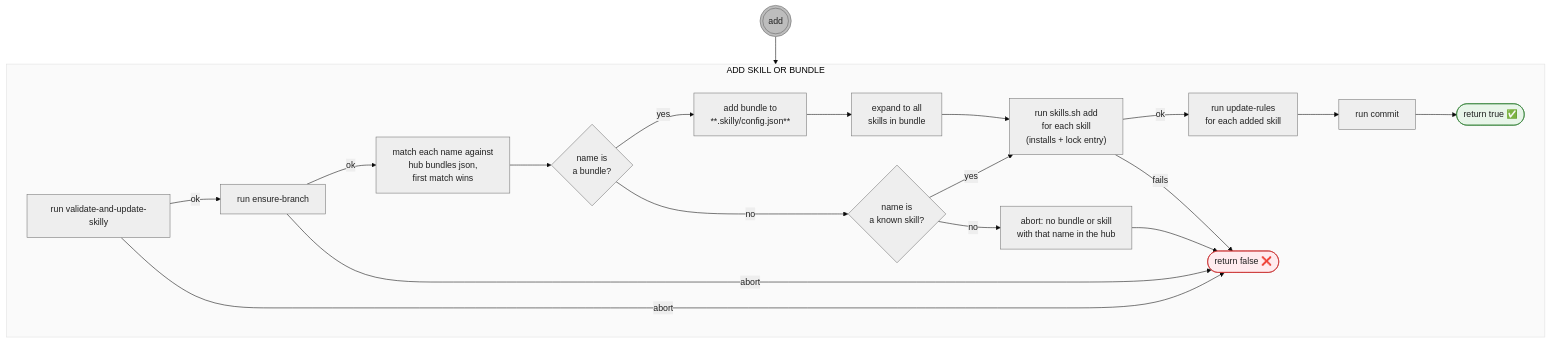
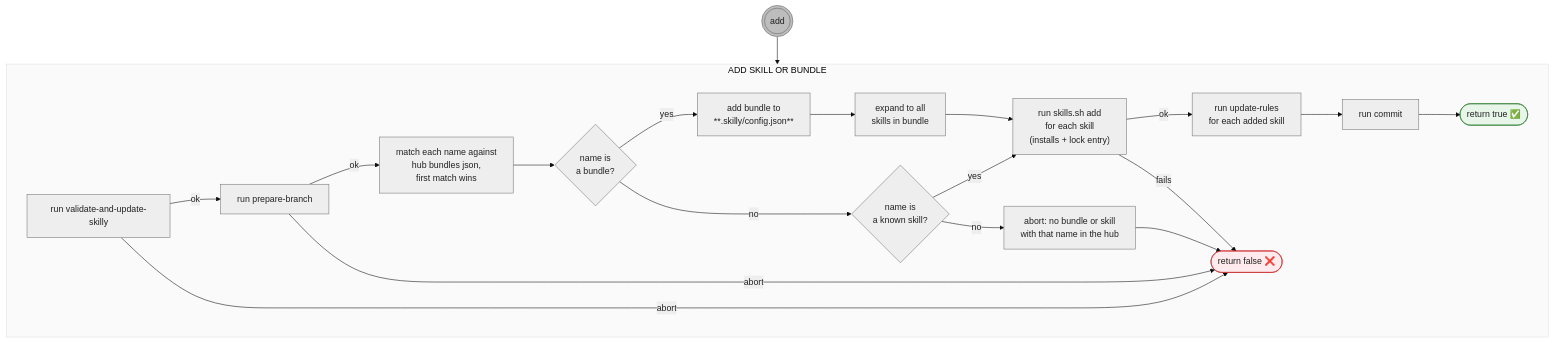
The diagram in docs/add.mmd (timschoch/skilly), drawn with Mermaid before and after one commit. The commit also changed 13 other files, not shown here.

First line of the commit message:
fix(prepare-branch): stop skilly before it commits on a branch the push will refuse (#144)

```diff
--- a/docs/add.mmd
+++ b/docs/add.mmd
@@ -1,54 +1,54 @@
 ---
 config:
   theme: base
   themeVariables:
     primaryColor: "#eeeeee"
     primaryBorderColor: "#757575"
     primaryTextColor: "#212121"
     clusterBkg: "#fafafa"
     clusterBorder: "#e0e0e0"
 ---
 flowchart TD
     %% shapes: ((( ))) entry point · [/ \] user action (blue) · [ ] script action (gray) · { } decision (amber) · ([ ]) state (green)
 
     ENTER-ADD((("add"))) --> ADD
     subgraph ADD["ADD SKILL OR BUNDLE"]
         ADD-GUARD["run validate-and-update-skilly"]
             ADD-GUARD -->|ok| ADD-EB
             ADD-GUARD -->|abort| ADD-FALSE
 
-        ADD-EB["run ensure-branch"]
+        ADD-EB["run prepare-branch"]
             ADD-EB -->|ok| ADD-MATCH
             ADD-EB -->|abort| ADD-FALSE
 
         ADD-MATCH["match each name against<br>hub bundles json,<br>first match wins"] --> ADDQ2
 
             ADDQ2{"name is<br>a bundle?"}
                 ADDQ2 -->|yes| ADD-BUNDLE["add bundle to<br>**.skilly/config.json**"]
                     ADD-BUNDLE --> ADD-EXPAND["expand to all<br>skills in bundle"] --> ADD-INSTALL
                 ADDQ2 -->|no| ADDQ3
 
             ADDQ3{"name is<br>a known skill?"}
                 ADDQ3 -->|yes| ADD-INSTALL
                 ADDQ3 -->|no| ADD-ABORT-UNKNOWN
 
         ADD-INSTALL["run skills.sh add<br>for each skill<br>(installs + lock entry)"]
             ADD-INSTALL -->|ok| ADD-RULES["run update-rules<br>for each added skill"] --> ADD-COMMIT["run commit"] --> ADD-TRUE
             ADD-INSTALL -->|fails| ADD-FALSE
 
         ADD-TRUE(["return true ✅"])
         ADD-ABORT-UNKNOWN["abort: no bundle or skill<br>with that name in the hub"] --> ADD-FALSE
         ADD-FALSE(["return false ❌"])
     end
 
 
     %% ADDQ1/ADDQ2/ADDQ3/ADDQ4 are script checks -> default gray, not amber
 
     classDef entry fill:#bdbdbd,stroke:#616161
     class ENTER-ADD entry
 
     classDef ok fill:#e8f5e9,stroke:#2e7d32
     class ADD-TRUE ok
 
     classDef fail fill:#ffebee,stroke:#c62828
     class ADD-FALSE fail
```
